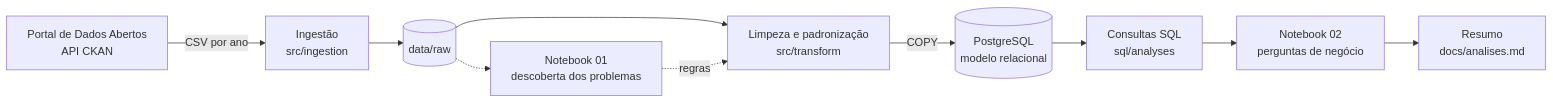
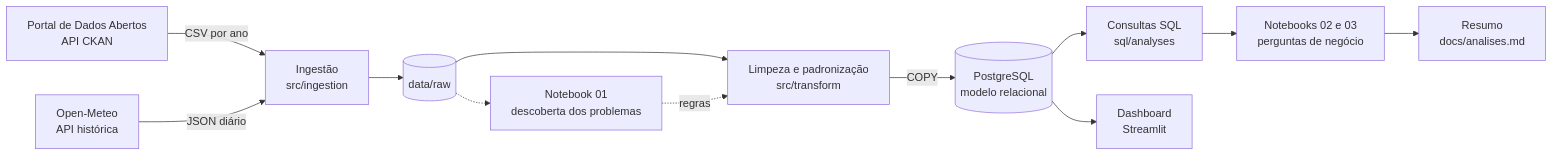
Before and after one commit to nogsposito/recife-156: the first of 2 diagrams in README.md, drawn with Mermaid. The commit also changed other lines of this file and 28 other files, not shown here.

````diff
--- a/README.md
+++ b/README.md
@@ -19,12 +20,14 @@
 ```mermaid
 flowchart LR
     A[Portal de Dados Abertos<br/>API CKAN] -->|CSV por ano| B[Ingestão<br/>src/ingestion]
+    W[Open-Meteo<br/>API histórica] -->|JSON diário| B
     B --> C[(data/raw)]
     C --> D[Limpeza e padronização<br/>src/transform]
     C -.-> N1[Notebook 01<br/>descoberta dos problemas]
     N1 -.->|regras| D
     D -->|COPY| E[(PostgreSQL<br/>modelo relacional)]
     E --> F[Consultas SQL<br/>sql/analyses]
-    F --> N2[Notebook 02<br/>perguntas de negócio]
+    F --> N2[Notebooks 02 e 03<br/>perguntas de negócio]
     N2 --> G[Resumo<br/>docs/analises.md]
+    E --> V[Dashboard<br/>Streamlit]
 ```
````
